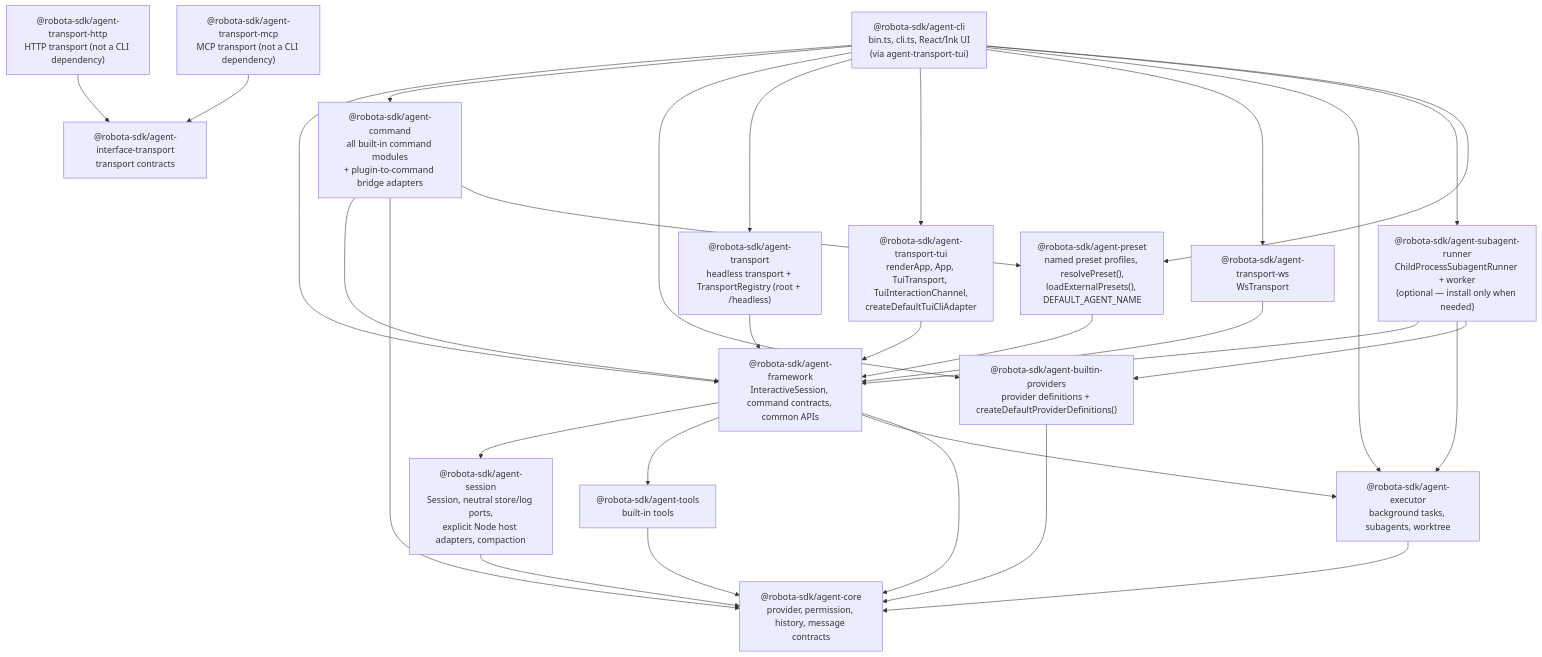
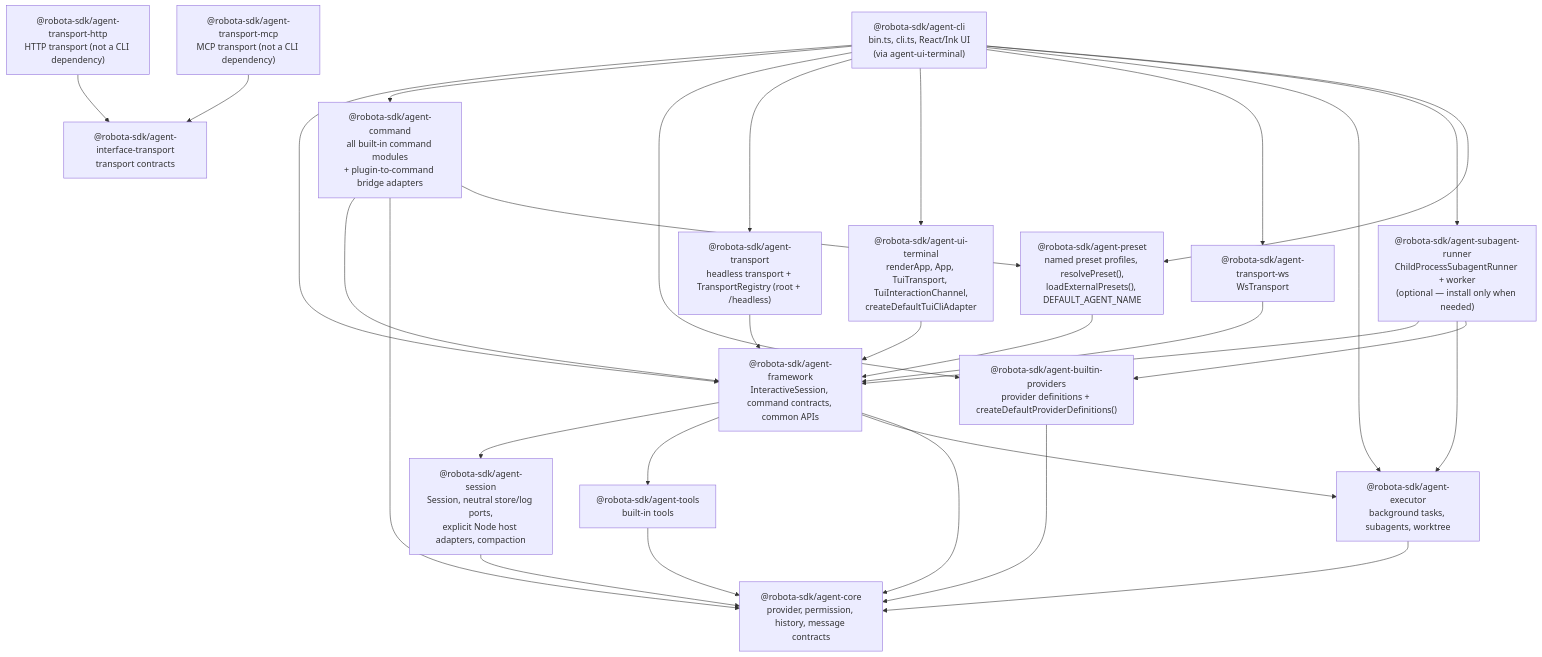
One commit to woojubb/robota changed the diagram in .agents/specs/architecture-map/agent-cli/target-architecture.md. Above: the diagram before and after it, drawn with Mermaid. The commit also changed other lines of this file and 425 other files, not shown here.

````diff
--- a/.agents/specs/architecture-map/agent-cli/target-architecture.md
+++ b/.agents/specs/architecture-map/agent-cli/target-architecture.md
@@ -102,53 +102,53 @@
 ```mermaid
 flowchart TD
-  CLI["@robota-sdk/agent-cli\nbin.ts, cli.ts, React/Ink UI\n(via agent-transport-tui)"]
+  CLI["@robota-sdk/agent-cli\nbin.ts, cli.ts, React/Ink UI\n(via agent-ui-terminal)"]
   Framework["@robota-sdk/agent-framework\nInteractiveSession, command contracts, common APIs"]
   Commands["@robota-sdk/agent-command\nall built-in command modules\n+ plugin-to-command bridge adapters"]
   Core["@robota-sdk/agent-core\nprovider, permission, history, message contracts"]
   Session["@robota-sdk/agent-session\nSession, neutral store/log ports,\nexplicit Node host adapters, compaction"]
   Tools["@robota-sdk/agent-tools\nbuilt-in tools"]
   Executor["@robota-sdk/agent-executor\nbackground tasks, subagents, worktree"]
   Provider["@robota-sdk/agent-builtin-providers\nprovider definitions + createDefaultProviderDefinitions()"]
   Transport["@robota-sdk/agent-transport\nheadless transport + TransportRegistry (root + /headless)"]
-  TransportTui["@robota-sdk/agent-transport-tui\nrenderApp, App, TuiTransport, TuiInteractionChannel,\ncreateDefaultTuiCliAdapter"]
+  TransportTui["@robota-sdk/agent-ui-terminal\nrenderApp, App, TuiTransport, TuiInteractionChannel,\ncreateDefaultTuiCliAdapter"]
   TransportWs["@robota-sdk/agent-transport-ws\nWsTransport"]
   TransportHttp["@robota-sdk/agent-transport-http\nHTTP transport (not a CLI dependency)"]
   TransportMcp["@robota-sdk/agent-transport-mcp\nMCP transport (not a CLI dependency)"]
   InterfaceTransport["@robota-sdk/agent-interface-transport\ntransport contracts"]
   SubagentRunner["@robota-sdk/agent-subagent-runner\nChildProcessSubagentRunner + worker\n(optional — install only when needed)"]
   Preset["@robota-sdk/agent-preset\nnamed preset profiles, resolvePreset(),\nloadExternalPresets(), DEFAULT_AGENT_NAME"]
 
   CLI --> Framework
   CLI --> Commands
   CLI --> Provider
   CLI --> Transport
   CLI --> TransportTui
   CLI --> TransportWs
   CLI --> Executor
   CLI --> SubagentRunner
   CLI --> Preset
 
   SubagentRunner --> Framework
   SubagentRunner --> Executor
   SubagentRunner --> Provider
 
   Commands --> Framework
   Commands --> Core
   Commands --> Preset
 
   Framework --> Session
   Framework --> Tools
   Framework --> Executor
   Framework --> Core
 
   Provider --> Core
   Session --> Core
   Tools --> Core
   Executor --> Core
   Transport --> Framework
   TransportTui --> Framework
   TransportWs --> Framework
   TransportHttp --> InterfaceTransport
   TransportMcp --> InterfaceTransport
   Preset --> Framework
 ```
````
